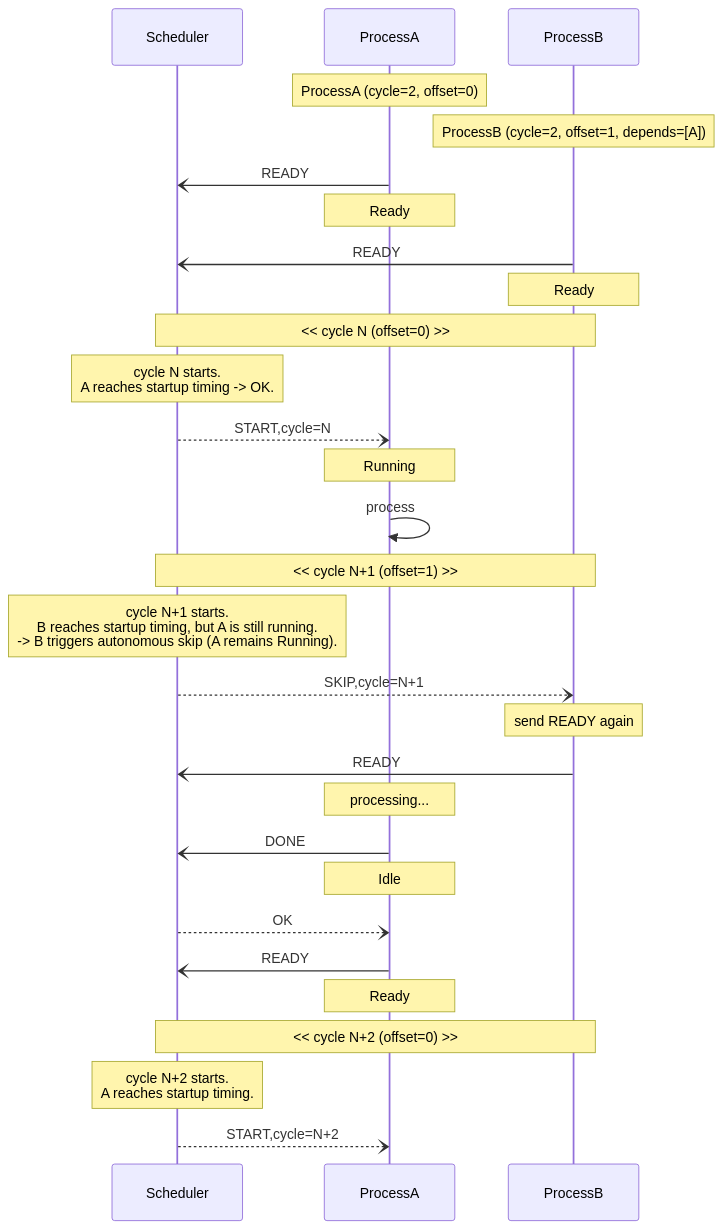
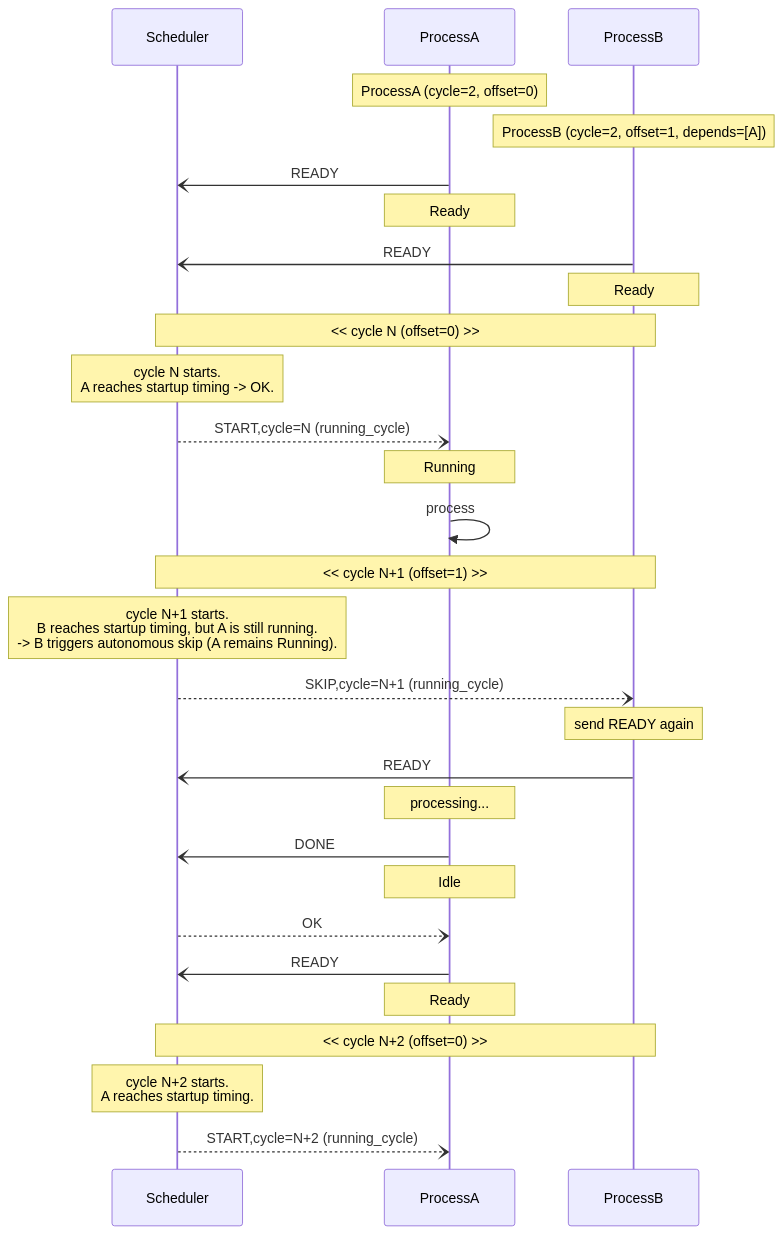
The second of 4 diagrams in docs/message-sequence-skip.md (nao-kawano/ritsu-scheduler), drawn with Mermaid before and after one commit. The commit also changed other lines of this file and 3 other files, not shown here.

````diff
--- a/docs/message-sequence-skip.md
+++ b/docs/message-sequence-skip.md
@@ -86,40 +86,40 @@
 ```mermaid
 sequenceDiagram
   participant S as Scheduler
   participant A as ProcessA
   participant B as ProcessB
 
   Note over A: ProcessA (cycle=2, offset=0)
   Note over B: ProcessB (cycle=2, offset=1, depends=[A])
 
   A -) S: READY
   Note over A: Ready
   B -) S: READY
   Note over B: Ready
 
 Note over S,B: << cycle N (offset=0) >>
 
   Note over S: cycle N starts.<br />A reaches startup timing -> OK.
-  S --) A: START,cycle=N
+  S --) A: START,cycle=N (running_cycle)
   Note over A: Running
   A ->> A: process
 
 Note over S,B: << cycle N+1 (offset=1) >>
   Note over S: cycle N+1 starts.<br />B reaches startup timing, but A is still running.<br />-> B triggers autonomous skip (A remains Running).
 
-  S --) B: SKIP,cycle=N+1
+  S --) B: SKIP,cycle=N+1 (running_cycle)
   Note over B: send READY again
   B -) S: READY
 
   Note over A: processing...
   A -) S: DONE
   Note over A: Idle
   S --) A: OK
 
   A -) S: READY
   Note over A: Ready
 
 Note over S,B: << cycle N+2 (offset=0) >>
   Note over S: cycle N+2 starts.<br />A reaches startup timing.
-  S --) A: START,cycle=N+2
+  S --) A: START,cycle=N+2 (running_cycle)
 ```
````
